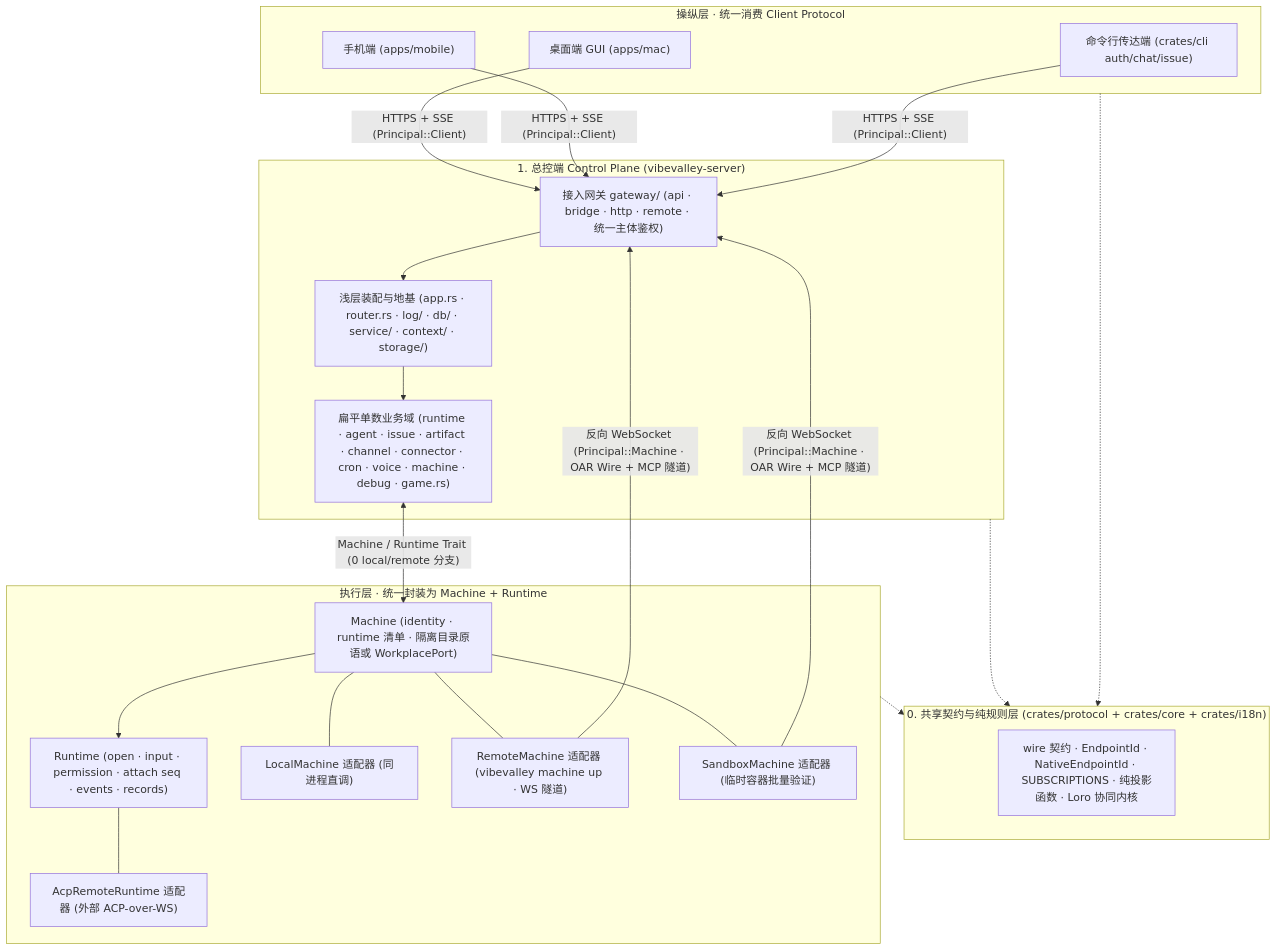
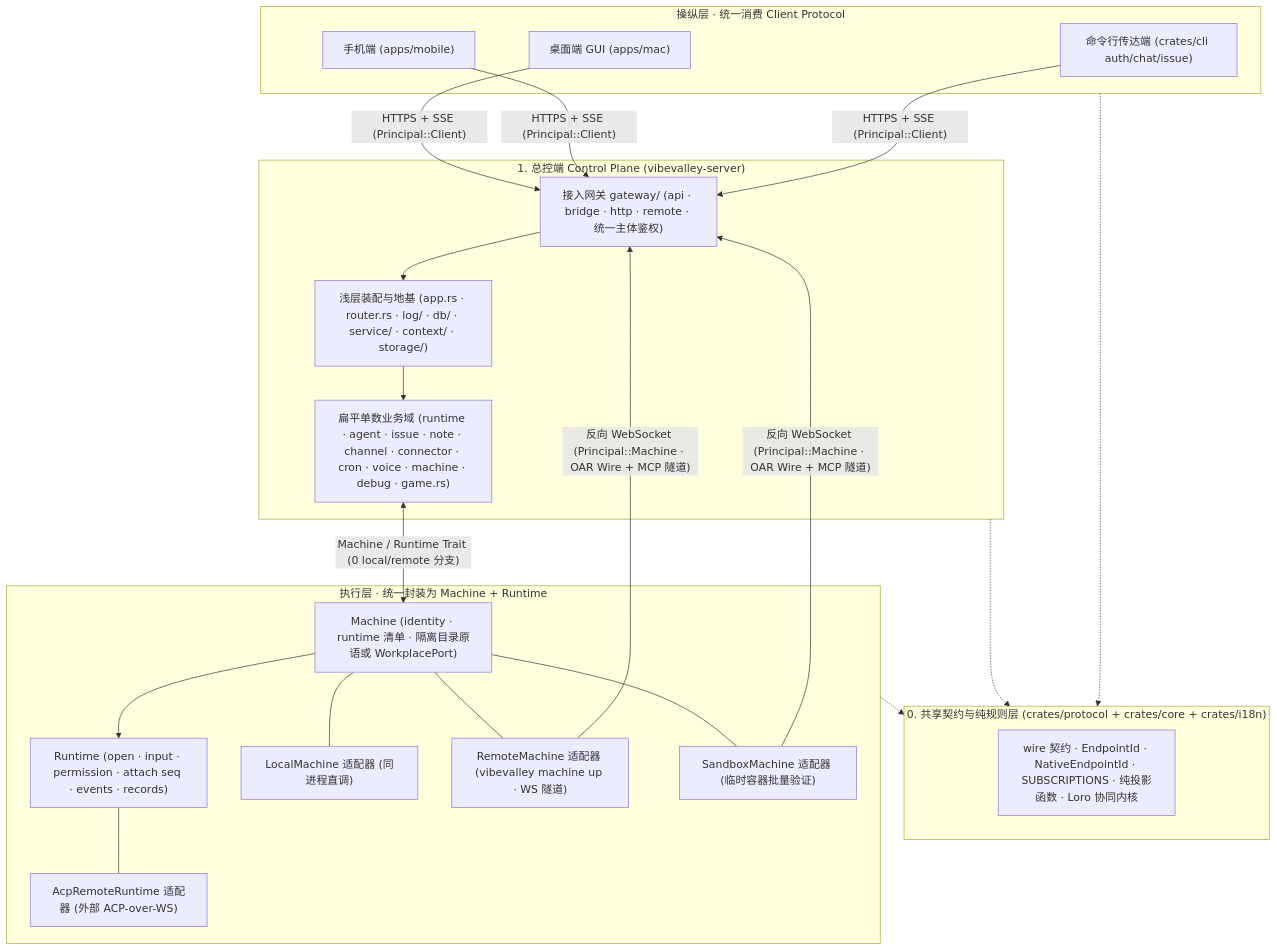
One commit to vibevalleyhq/vibevalley changed the first of 5 diagrams in docs/architecture-topology.md. Above: the diagram before and after it, drawn with Mermaid. The commit also changed other lines of this file and 1132 other files, not shown here.

````diff
--- a/docs/architecture-topology.md
+++ b/docs/architecture-topology.md
@@ -36,39 +36,39 @@
 ```mermaid
 flowchart TB
   subgraph Contract["0. 共享契约与纯规则层 (crates/protocol + crates/core + crates/i18n)"]
     PROTO["wire 契约 · EndpointId · NativeEndpointId · SUBSCRIPTIONS · 纯投影函数 · Loro 协同内核"]
   end
 
   subgraph Clients["操纵层 · 统一消费 Client Protocol"]
     GUI["桌面端 GUI (apps/mac)"]
     MOB["手机端 (apps/mobile)"]
     CLI_C["命令行传达端 (crates/cli auth/chat/issue)"]
   end
 
   subgraph Control["1. 总控端 Control Plane (vibevalley-server)"]
     GATE["接入网关 gateway/ (api · bridge · http · remote · 统一主体鉴权)"]
     SPINE["浅层装配与地基 (app.rs · router.rs · log/ · db/ · service/ · context/ · storage/)"]
-    DOMAINS["扁平单数业务域 (runtime · agent · issue · artifact · channel · connector · cron · voice · machine · debug · game.rs)"]
+    DOMAINS["扁平单数业务域 (runtime · agent · issue · note · channel · connector · cron · voice · machine · debug · game.rs)"]
     GATE --> SPINE
     SPINE --> DOMAINS
   end
 
   subgraph Execution["执行层 · 统一封装为 Machine + Runtime"]
     M["Machine (identity · runtime 清单 · 隔离目录原语或 WorkplacePort)"]
     R["Runtime (open · input · permission · attach seq · events · records)"]
     M --> R
     A_LOC["LocalMachine 适配器 (同进程直调)"]
     A_REM["RemoteMachine 适配器 (vibevalley machine up · WS 隧道)"]
     A_SBX["SandboxMachine 适配器 (临时容器批量验证)"]
     A_ACP["AcpRemoteRuntime 适配器 (外部 ACP-over-WS)"]
     M --- A_LOC & A_REM & A_SBX
     R --- A_ACP
   end
 
   GUI & MOB & CLI_C -->|"HTTPS + SSE (Principal::Client)"| GATE
   DOMAINS <-->|"Machine / Runtime Trait (0 local/remote 分支)"| M
   A_REM & A_SBX -->|"反向 WebSocket (Principal::Machine · OAR Wire + MCP 隧道)"| GATE
   Control -.-> Contract
   Clients -.-> Contract
   Execution -.-> Contract
 ```
````
